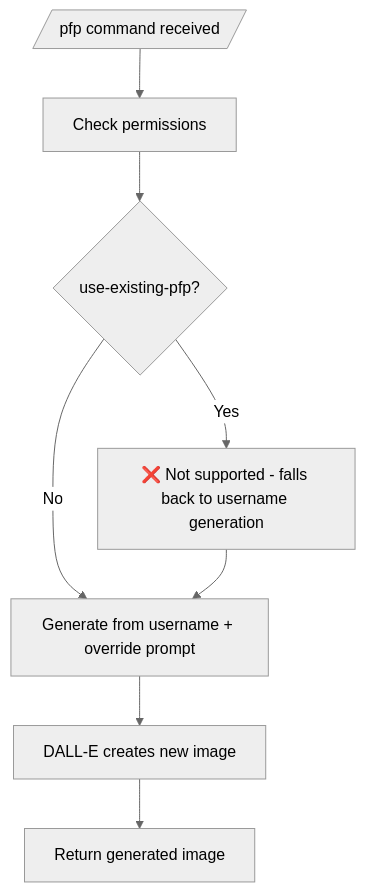
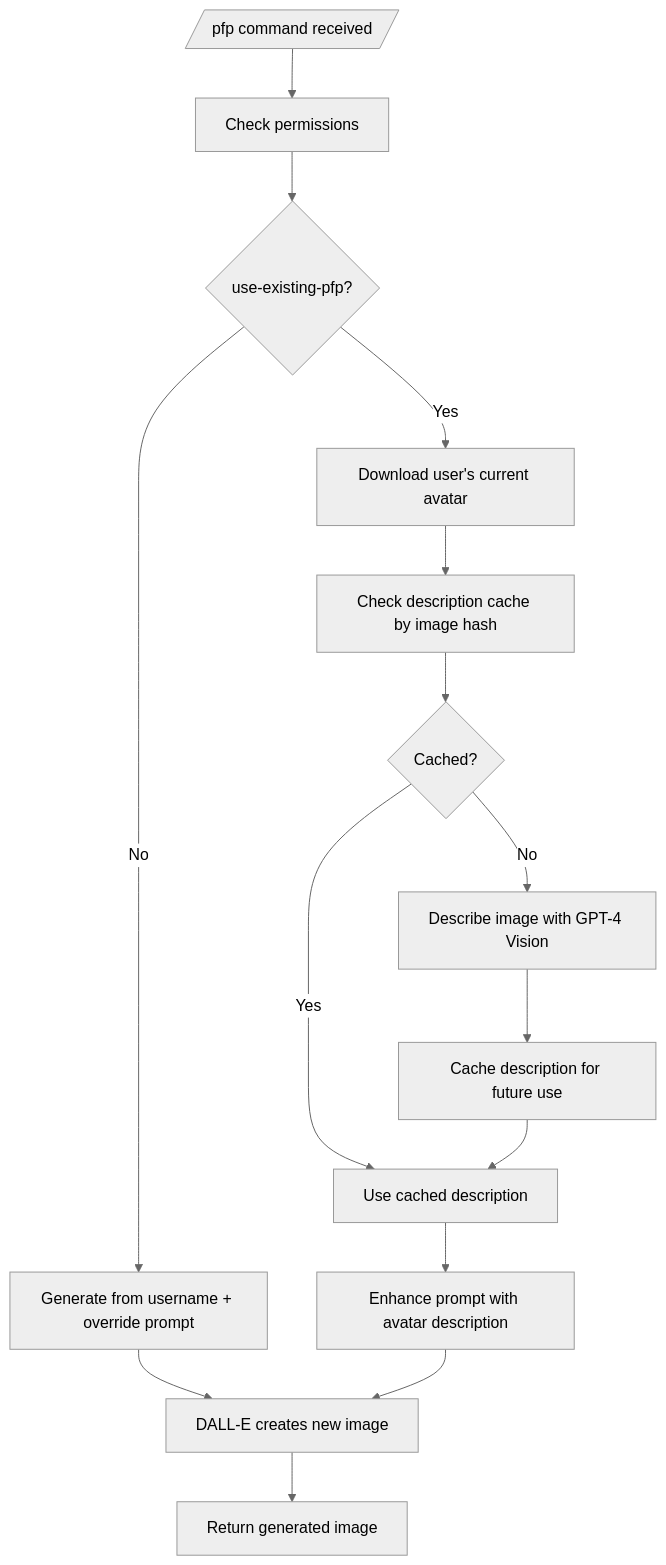
Before and after one commit to introVRt-Lounge/hello-dalle-discordbot: the second of 9 diagrams in IMAGE-GENERATION-FLOWS.md, drawn with Mermaid (neutral theme). The commit also changed other lines of this file and 4 other files, not shown here.

First line of the commit message:
feat: Add DALL-E image description support with caching

````diff
--- a/IMAGE-GENERATION-FLOWS.md
+++ b/IMAGE-GENERATION-FLOWS.md
@@ -38,10 +39,17 @@
 ```mermaid
 flowchart TD
     A[/pfp command received/] --> B[Check permissions]
     B --> C{use-existing-pfp?}
     C -->|No| D[Generate from username + override prompt]
     D --> E[DALL-E creates new image]
-    C -->|Yes| F[❌ Not supported - falls back to username generation]
-    F --> D
-    E --> G[Return generated image]
+    C -->|Yes| F[Download user's current avatar]
+    F --> G[Check description cache by image hash]
+    G --> H{Cached?}
+    H -->|Yes| I[Use cached description]
+    H -->|No| J[Describe image with GPT-4 Vision]
+    J --> K[Cache description for future use]
+    K --> I
+    I --> L[Enhance prompt with avatar description]
+    L --> E
+    E --> M[Return generated image]
 ```
````
